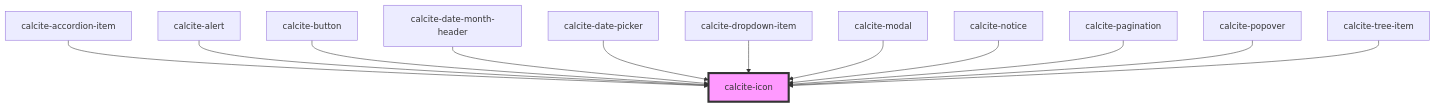
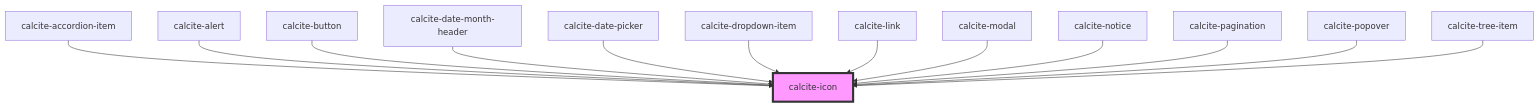
The diagram in src/components/calcite-icon/readme.md (vikivakarvc/calcite-design-system), drawn with Mermaid before and after one commit. The commit also changed other lines of this file and 49 other files, not shown here.

First line of the commit message:
Adds calcite-link component

````diff
--- a/src/components/calcite-icon/readme.md
+++ b/src/components/calcite-icon/readme.md
@@ -48,15 +49,16 @@
 ```mermaid
 graph TD;
   calcite-accordion-item --> calcite-icon
   calcite-alert --> calcite-icon
   calcite-button --> calcite-icon
   calcite-date-month-header --> calcite-icon
   calcite-date-picker --> calcite-icon
   calcite-dropdown-item --> calcite-icon
+  calcite-link --> calcite-icon
   calcite-modal --> calcite-icon
   calcite-notice --> calcite-icon
   calcite-pagination --> calcite-icon
   calcite-popover --> calcite-icon
   calcite-tree-item --> calcite-icon
   style calcite-icon fill:#f9f,stroke:#333,stroke-width:4px
 ```
````
